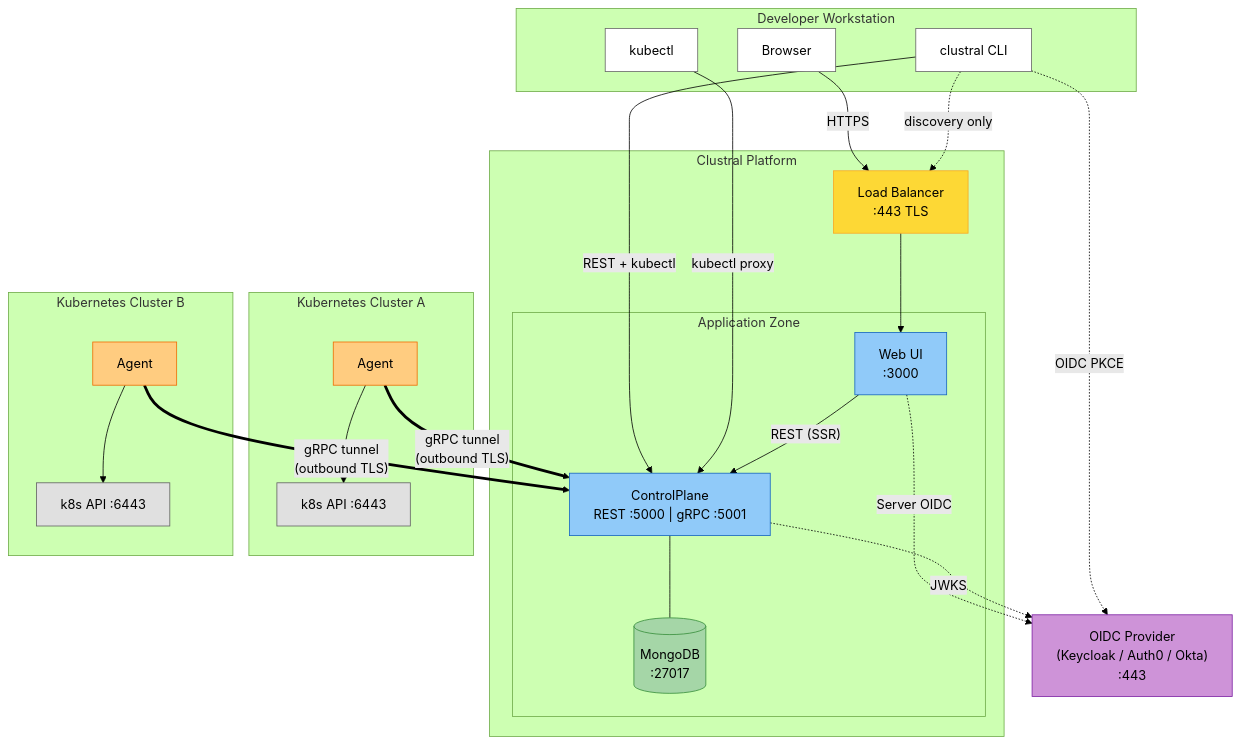
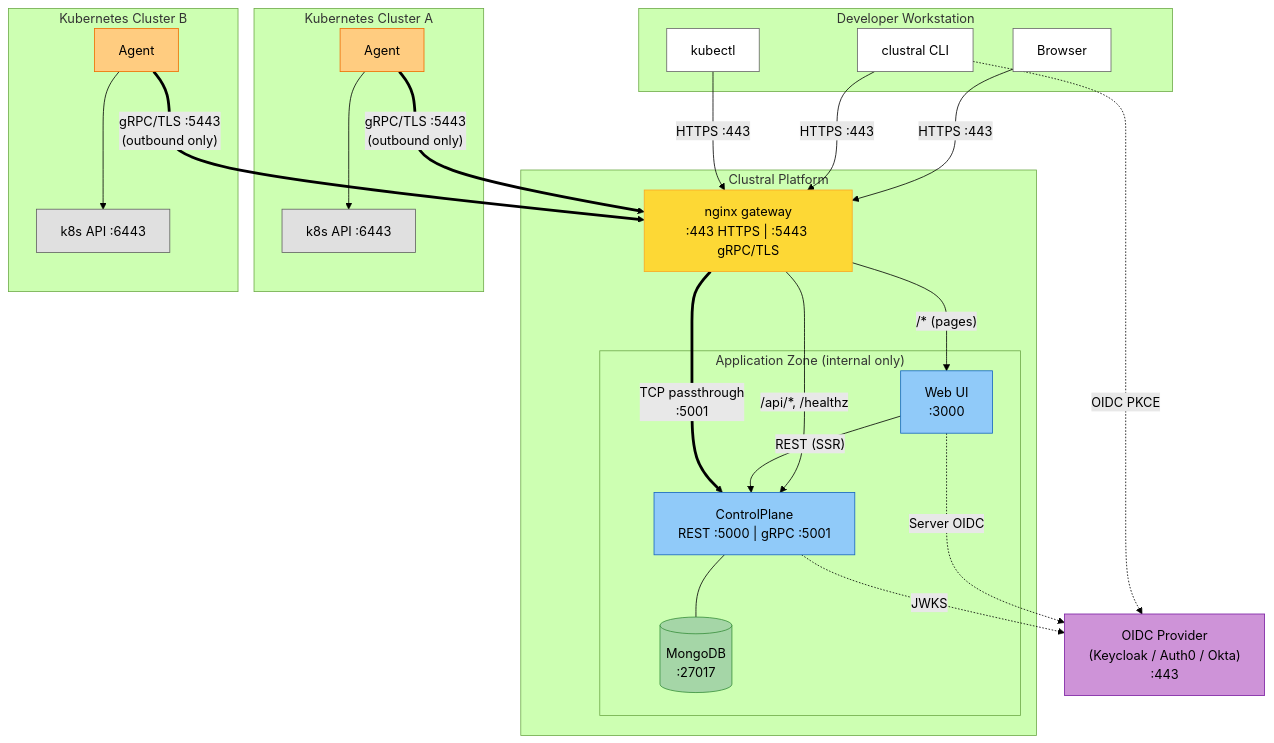
The sixth of 9 diagrams in README.md (Clustral/clustral), drawn with Mermaid (forest theme) before and after one commit. The commit also changed other lines of this file and 1 other file, not shown here.

First line of the commit message:
docs: update diagrams and docs for nginx unified gateway architecture

````diff
--- a/README.md
+++ b/README.md
@@ -187,60 +207,61 @@
 ```mermaid
 flowchart TB
     subgraph clients ["Developer Workstation"]
         BROWSER["Browser"]
         CLI["clustral CLI"]
         KUBECTL["kubectl"]
     end
 
     OIDC["OIDC Provider\n(Keycloak / Auth0 / Okta)\n:443"]
 
     subgraph platform ["Clustral Platform"]
-        LB["Load Balancer\n:443 TLS"]
+        NGX["nginx gateway\n:443 HTTPS | :5443 gRPC/TLS"]
 
-        subgraph app ["Application Zone"]
+        subgraph app ["Application Zone (internal only)"]
             WEB["Web UI\n:3000"]
             CP["ControlPlane\nREST :5000 | gRPC :5001"]
             DB[("MongoDB\n:27017")]
         end
     end
 
     subgraph cluster_a ["Kubernetes Cluster A"]
         AGENT_A["Agent"]
         K8S_A["k8s API :6443"]
     end
 
     subgraph cluster_b ["Kubernetes Cluster B"]
         AGENT_B["Agent"]
         K8S_B["k8s API :6443"]
     end
 
-    BROWSER -- "HTTPS" --> LB
-    CLI -. "discovery only" .-> LB
-    CLI -- "REST + kubectl" --> CP
-    KUBECTL -- "kubectl proxy" --> CP
-    LB --> WEB
+    BROWSER -- "HTTPS :443" --> NGX
+    CLI -- "HTTPS :443" --> NGX
+    KUBECTL -- "HTTPS :443" --> NGX
+    NGX -- "/api/*, /healthz" --> CP
+    NGX -- "/* (pages)" --> WEB
     WEB -- "REST (SSR)" --> CP
     CP --- DB
 
     CLI -. "OIDC PKCE" .-> OIDC
     WEB -. "Server OIDC" .-> OIDC
     CP -. "JWKS" .-> OIDC
 
-    AGENT_A == "gRPC tunnel\n(outbound TLS)" ==> CP
-    AGENT_B == "gRPC tunnel\n(outbound TLS)" ==> CP
+    AGENT_A == "gRPC/TLS :5443\n(outbound only)" ==> NGX
+    AGENT_B == "gRPC/TLS :5443\n(outbound only)" ==> NGX
+    NGX == "TCP passthrough\n:5001" ==> CP
     AGENT_A --> K8S_A
     AGENT_B --> K8S_B
 
-    style LB fill:#fdd835,stroke:#f9a825,color:#000
+    style NGX fill:#fdd835,stroke:#f9a825,color:#000
     style OIDC fill:#ce93d8,stroke:#7b1fa2,color:#000
     style DB fill:#a5d6a7,stroke:#388e3c,color:#000
     style CP fill:#90caf9,stroke:#1565c0,color:#000
     style WEB fill:#90caf9,stroke:#1565c0,color:#000
     style AGENT_A fill:#ffcc80,stroke:#ef6c00,color:#000
     style AGENT_B fill:#ffcc80,stroke:#ef6c00,color:#000
     style K8S_A fill:#e0e0e0,stroke:#616161,color:#000
     style K8S_B fill:#e0e0e0,stroke:#616161,color:#000
     style BROWSER fill:#fff,stroke:#666,color:#000
     style CLI fill:#fff,stroke:#666,color:#000
     style KUBECTL fill:#fff,stroke:#666,color:#000
 ```
````
